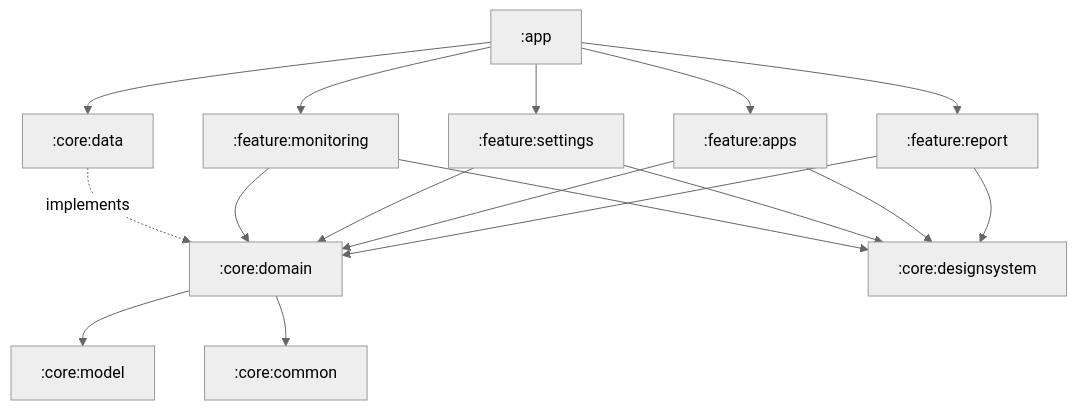
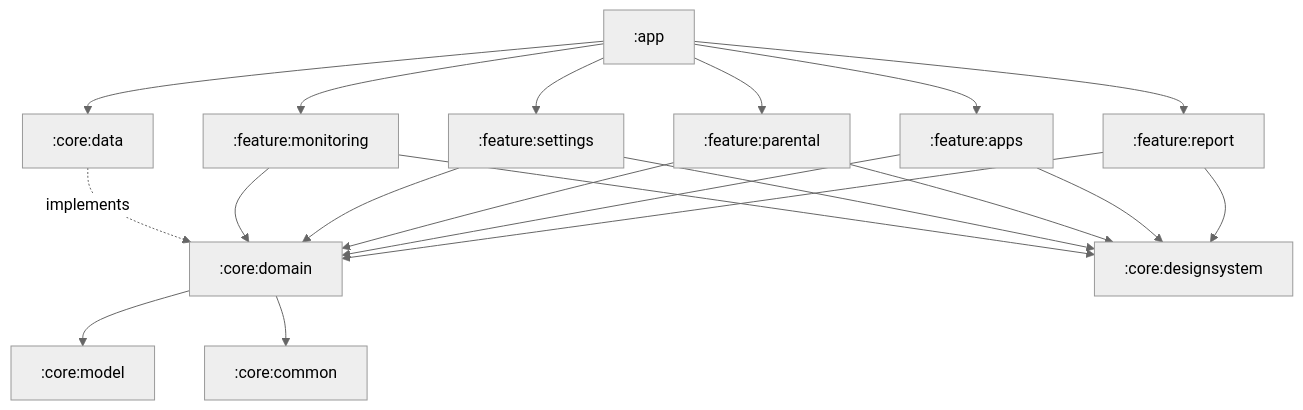
The second of 2 diagrams in README.md (neteinstein/Perfsentient), drawn with Mermaid (neutral theme) before and after one commit. The commit also changed other lines of this file and 49 other files, not shown here.

````diff
--- a/README.md
+++ b/README.md
@@ -129,13 +130,14 @@
 ```mermaid
 flowchart TD
     app[":app"] --> report[":feature:report"]
     app --> apps[":feature:apps"]
+    app --> parental[":feature:parental"]
     app --> settings[":feature:settings"]
     app --> monitoring[":feature:monitoring"]
     app --> data[":core:data"]
-    report & apps & settings & monitoring --> domain[":core:domain"]
-    report & apps & settings & monitoring --> ds[":core:designsystem"]
+    report & apps & parental & settings & monitoring --> domain[":core:domain"]
+    report & apps & parental & settings & monitoring --> ds[":core:designsystem"]
     data -. implements .-> domain
     domain --> model[":core:model"]
     domain --> common[":core:common"]
 ```
````
